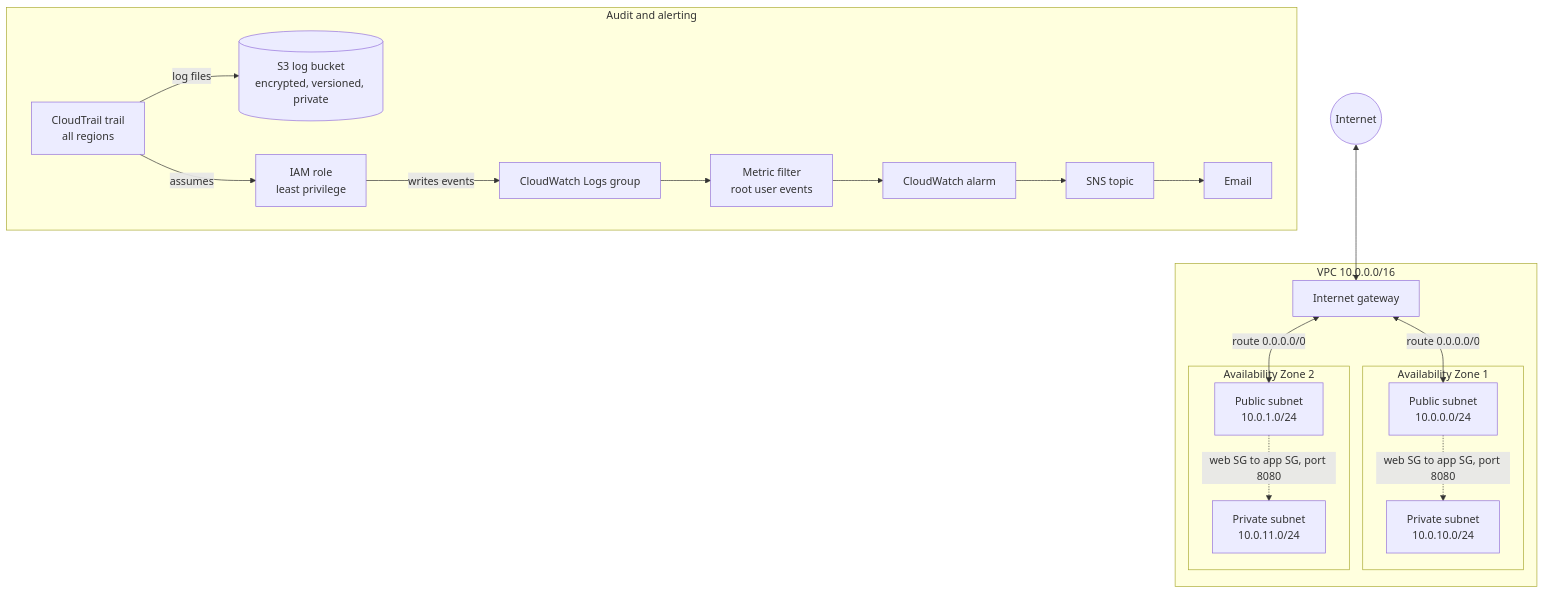
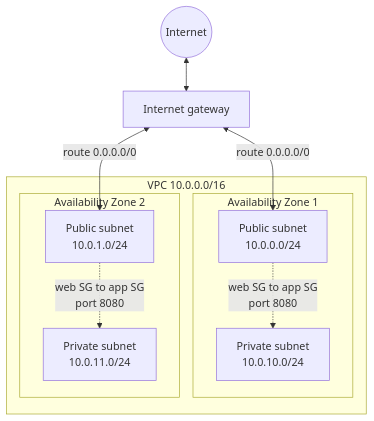
One commit to Needest26/aws-secure-baseline changed the first of 2 diagrams in README.md. Above: the diagram before and after it, drawn with Mermaid. The commit also changed other lines of this file, not shown here.

Commit message:
Split the architecture diagram into network and audit views
The single diagram was taller than GitHub's viewer and hid the network
half. Two smaller diagrams render in full.

````diff
--- a/README.md
+++ b/README.md
@@ -19,38 +21,20 @@
 ```mermaid
 flowchart TB
-    internet((Internet))
+    internet((Internet)) <--> igw["Internet gateway"]
 
     subgraph vpc["VPC 10.0.0.0/16"]
-        igw["Internet gateway"]
         subgraph az1["Availability Zone 1"]
             pub1["Public subnet<br/>10.0.0.0/24"]
             priv1["Private subnet<br/>10.0.10.0/24"]
         end
         subgraph az2["Availability Zone 2"]
             pub2["Public subnet<br/>10.0.1.0/24"]
             priv2["Private subnet<br/>10.0.11.0/24"]
         end
     end
 
-    internet <--> igw
     igw <-->|"route 0.0.0.0/0"| pub1
     igw <-->|"route 0.0.0.0/0"| pub2
-    pub1 -.->|"web SG to app SG, port 8080"| priv1
-    pub2 -.->|"web SG to app SG, port 8080"| priv2
-
-    subgraph audit["Audit and alerting"]
-        trail["CloudTrail trail<br/>all regions"]
-        bucket[("S3 log bucket<br/>encrypted, versioned, private")]
-        role["IAM role<br/>least privilege"]
-        logs["CloudWatch Logs group"]
-        filter["Metric filter<br/>root user events"]
-        alarm["CloudWatch alarm"]
-        topic["SNS topic"]
-        email["Email"]
-    end
-
-    trail -->|"log files"| bucket
-    trail -->|"assumes"| role
-    role -->|"writes events"| logs
-    logs --> filter --> alarm --> topic --> email
+    pub1 -.->|"web SG to app SG<br/>port 8080"| priv1
+    pub2 -.->|"web SG to app SG<br/>port 8080"| priv2
 ```
````
